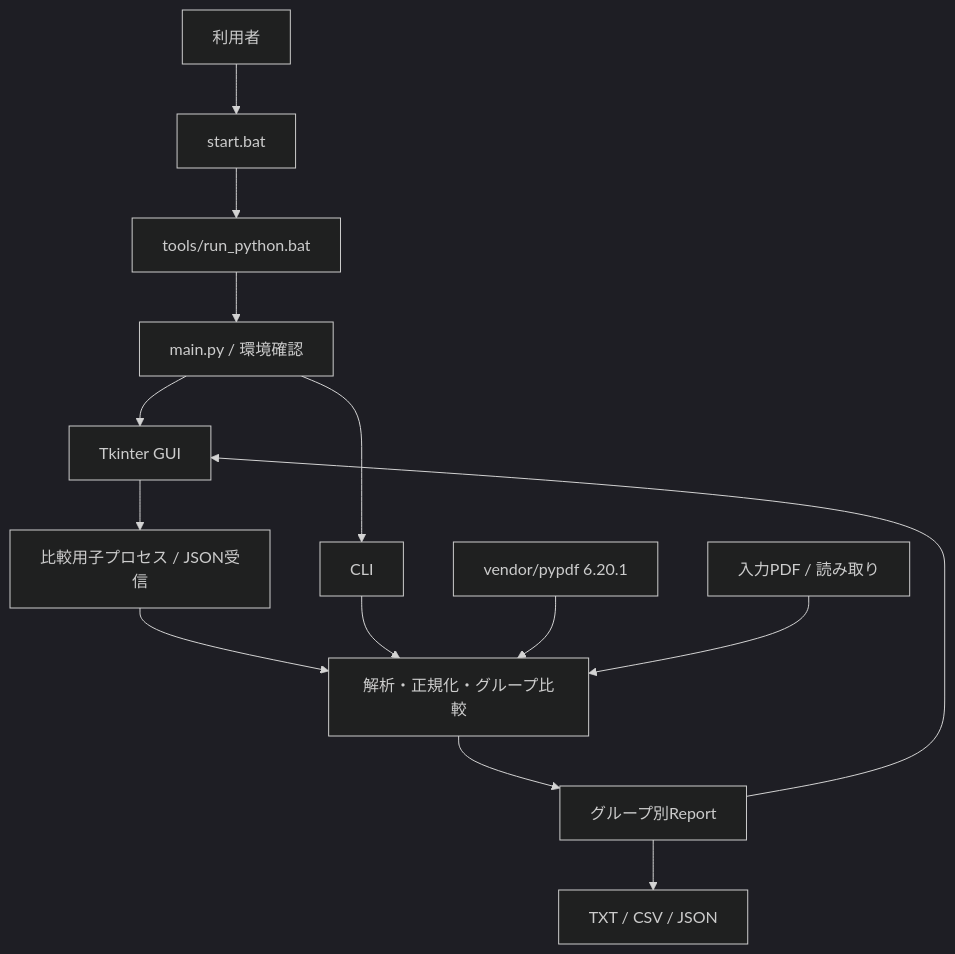
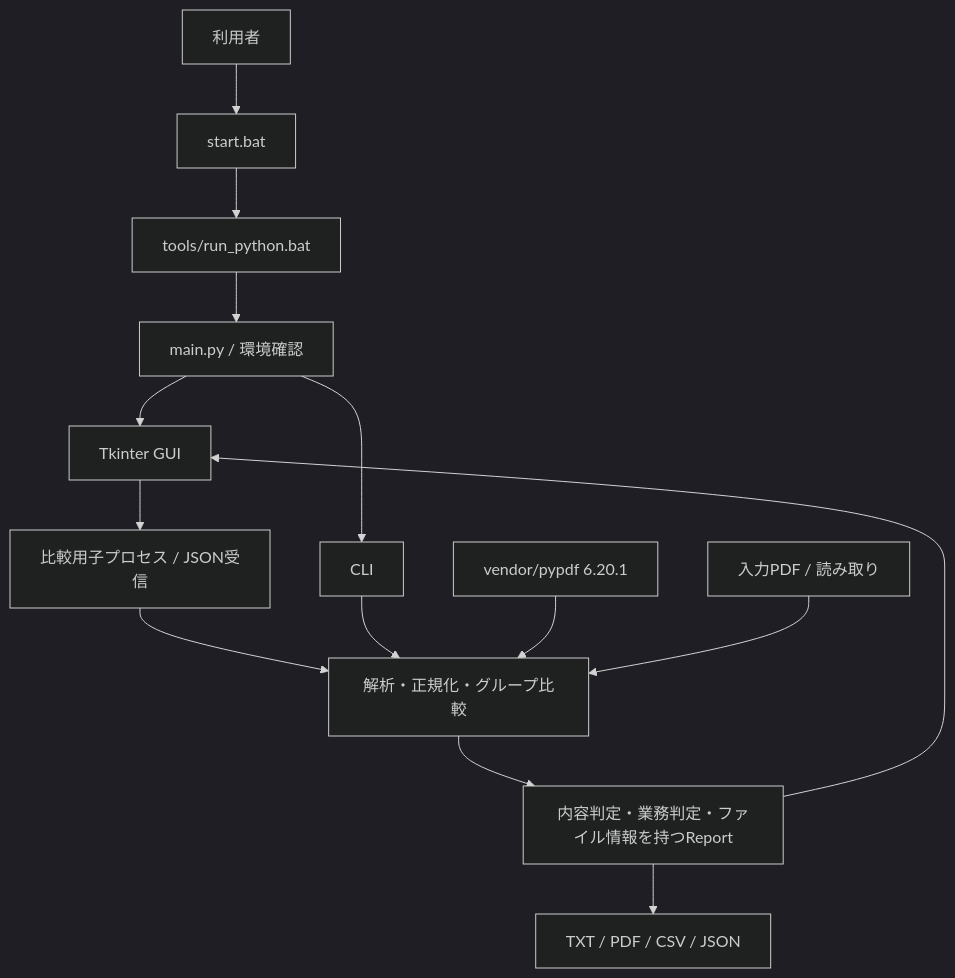
The first of 3 diagrams in docs/basic-design.md (zionsoftware/diffpdf-layer), drawn with Mermaid (dark theme) before and after one commit. The commit also changed other lines of this file and 32 other files, not shown here.

````diff
--- a/docs/basic-design.md
+++ b/docs/basic-design.md
@@ -14,16 +14,16 @@
 ```mermaid
 flowchart TD
     U[利用者] --> B[start.bat]
     B --> R[tools/run_python.bat]
     R --> M[main.py / 環境確認]
     M --> G[Tkinter GUI]
     M --> C[CLI]
     G --> P[比較用子プロセス / JSON受信]
     P --> E[解析・正規化・グループ比較]
     C --> E
     V[vendor/pypdf 6.20.1] --> E
     I[入力PDF / 読み取り] --> E
-    E --> O[グループ別Report]
+    E --> O[内容判定・業務判定・ファイル情報を持つReport]
     O --> G
-    O --> F[TXT / CSV / JSON]
+    O --> F[TXT / PDF / CSV / JSON]
 ```
````
